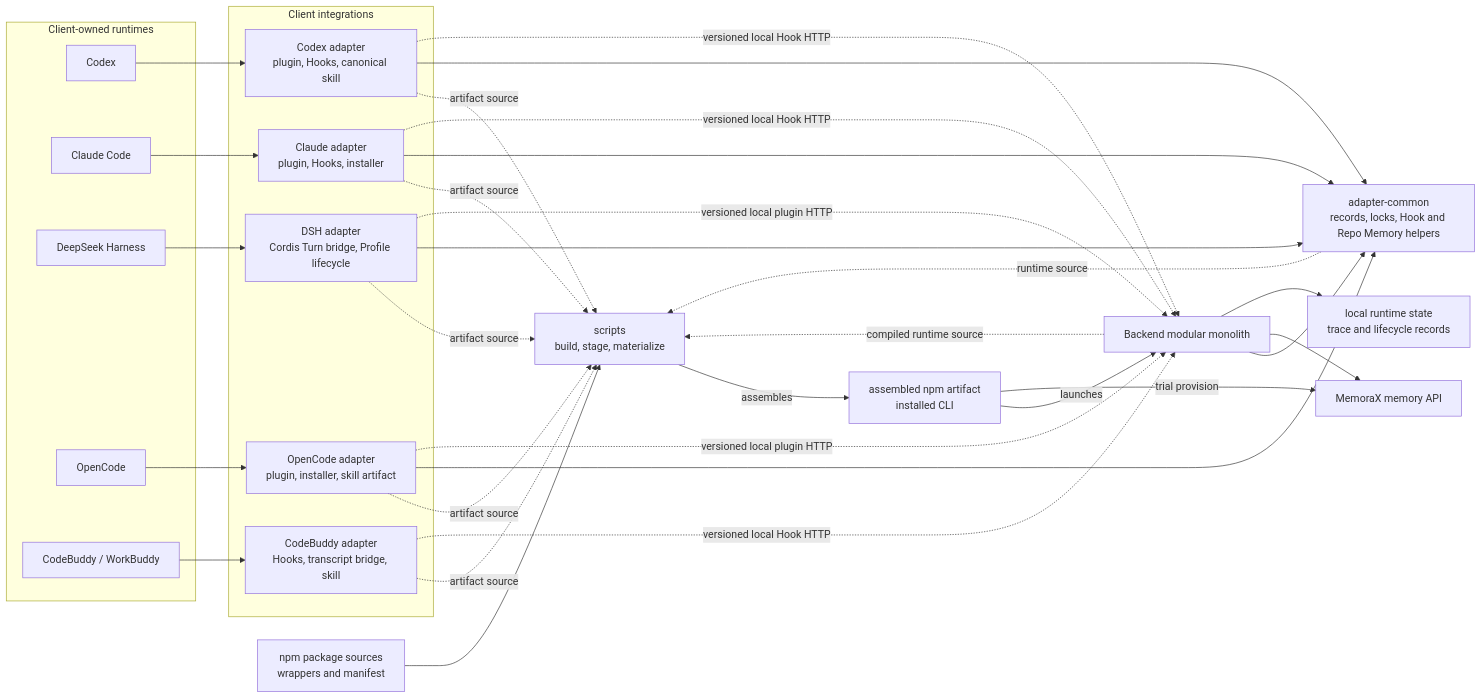
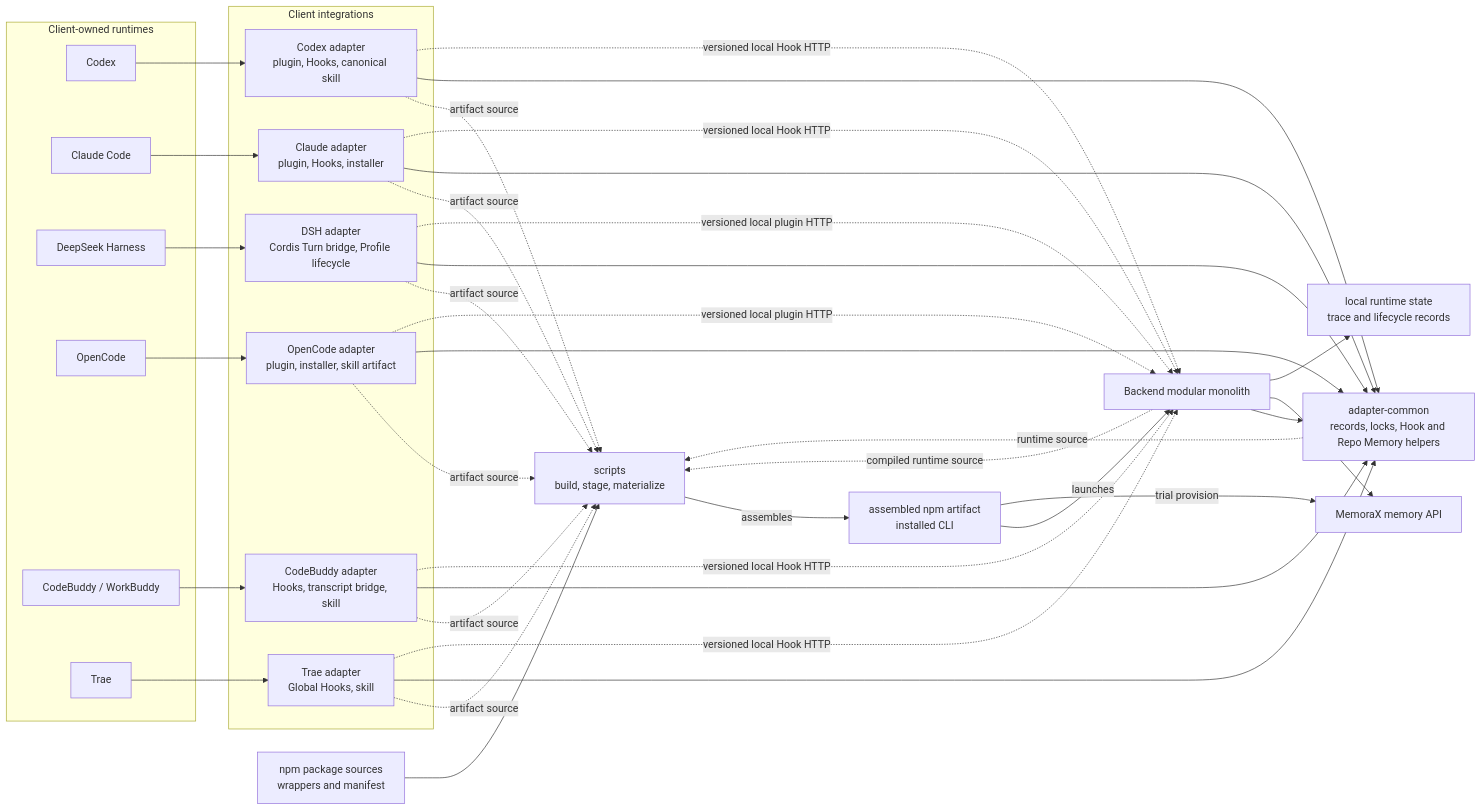
One commit to memorax-ai/memorax-code changed the first of 6 diagrams in ARCHITECTURE.md. Above: the diagram before and after it, drawn with Mermaid. The commit also changed other lines of this file and 41 other files, not shown here.

Commit message:
feat:(trae) add managed Hook adapter

````diff
--- a/ARCHITECTURE.md
+++ b/ARCHITECTURE.md
@@ -40,58 +40,65 @@
 ```mermaid
 flowchart LR
   subgraph Clients["Client-owned runtimes"]
     Codex["Codex"]
     Claude["Claude Code"]
     DSH["DeepSeek Harness"]
     OpenCode["OpenCode"]
     CodeBuddy["CodeBuddy / WorkBuddy"]
+    Trae["Trae"]
   end
 
   subgraph Adapters["Client integrations"]
     CodexAdapter["Codex adapter<br/>plugin, Hooks, canonical skill"]
     ClaudeAdapter["Claude adapter<br/>plugin, Hooks, installer"]
     DshAdapter["DSH adapter<br/>Cordis Turn bridge, Profile lifecycle"]
     OpenCodeAdapter["OpenCode adapter<br/>plugin, installer, skill artifact"]
     CodeBuddyAdapter["CodeBuddy adapter<br/>Hooks, transcript bridge, skill"]
+    TraeAdapter["Trae adapter<br/>Global Hooks, skill"]
   end
 
   Common["adapter-common<br/>records, locks, Hook and Repo Memory helpers"]
   Backend["Backend modular monolith"]
   Npm["npm package sources<br/>wrappers and manifest"]
   Build["scripts<br/>build, stage, materialize"]
   Artifact["assembled npm artifact<br/>installed CLI"]
   MemoraX["MemoraX memory API"]
   Local["local runtime state<br/>trace and lifecycle records"]
 
   Npm --> Build
   Backend -. "compiled runtime source" .-> Build
   Common -. "runtime source" .-> Build
   CodexAdapter -. "artifact source" .-> Build
   ClaudeAdapter -. "artifact source" .-> Build
   DshAdapter -. "artifact source" .-> Build
   OpenCodeAdapter -. "artifact source" .-> Build
   CodeBuddyAdapter -. "artifact source" .-> Build
+  TraeAdapter -. "artifact source" .-> Build
   Build -->|"assembles"| Artifact
   Artifact -->|"launches"| Backend
   Artifact -->|"trial provision"| MemoraX
 
   Backend --> Common
   CodexAdapter --> Common
   ClaudeAdapter --> Common
   DshAdapter --> Common
   OpenCodeAdapter --> Common
+  CodeBuddyAdapter --> Common
+  TraeAdapter --> Common
 
   Codex --> CodexAdapter
   Claude --> ClaudeAdapter
   DSH --> DshAdapter
   OpenCode --> OpenCodeAdapter
   CodeBuddy --> CodeBuddyAdapter
+  Trae --> TraeAdapter
   CodexAdapter -. "versioned local Hook HTTP" .-> Backend
   ClaudeAdapter -. "versioned local Hook HTTP" .-> Backend
   DshAdapter -. "versioned local plugin HTTP" .-> Backend
   OpenCodeAdapter -. "versioned local plugin HTTP" .-> Backend
   CodeBuddyAdapter -. "versioned local Hook HTTP" .-> Backend
+  TraeAdapter -. "versioned local Hook HTTP" .-> Backend
 
   Backend --> MemoraX
   Backend --> Local
 ```
````
